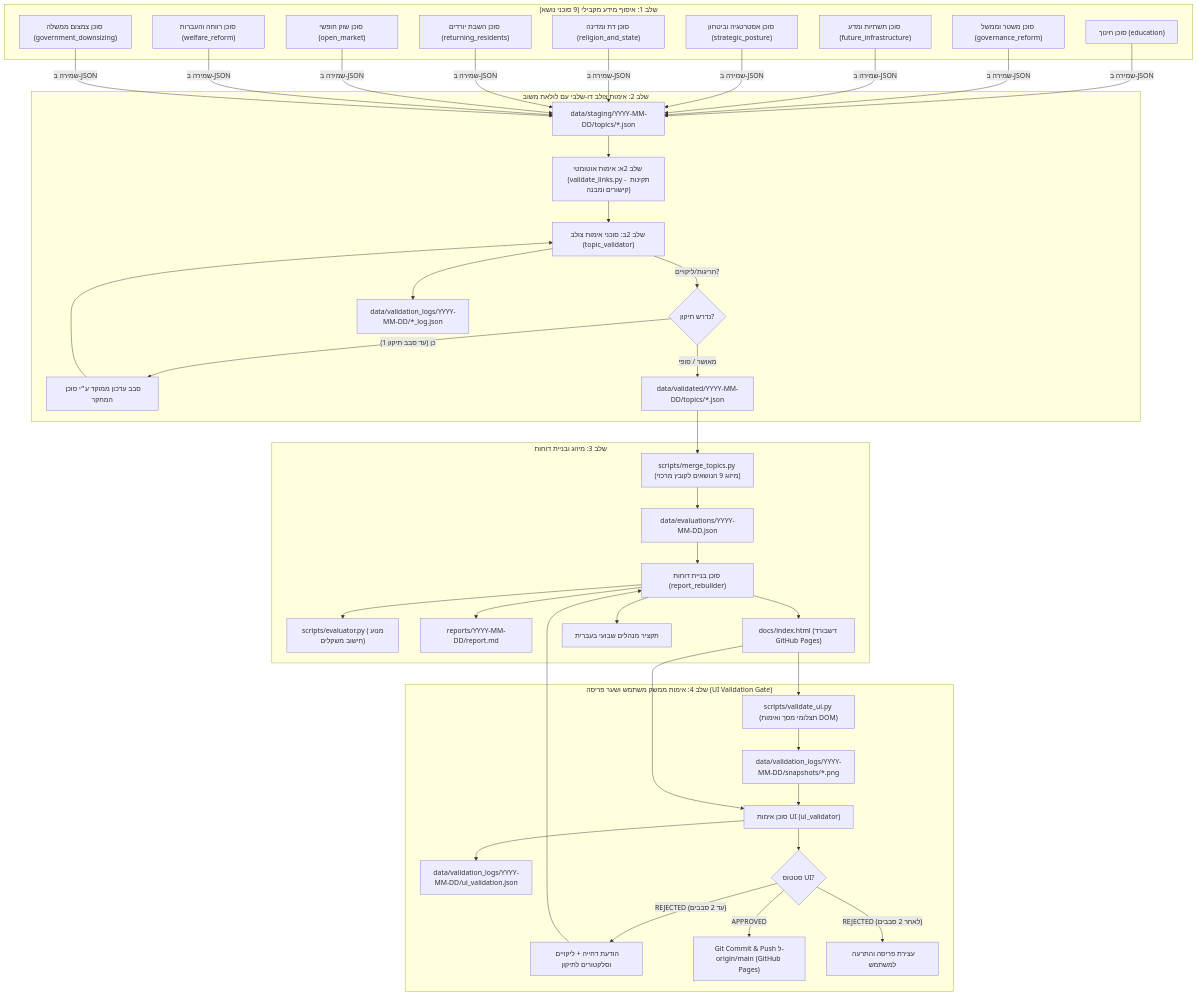
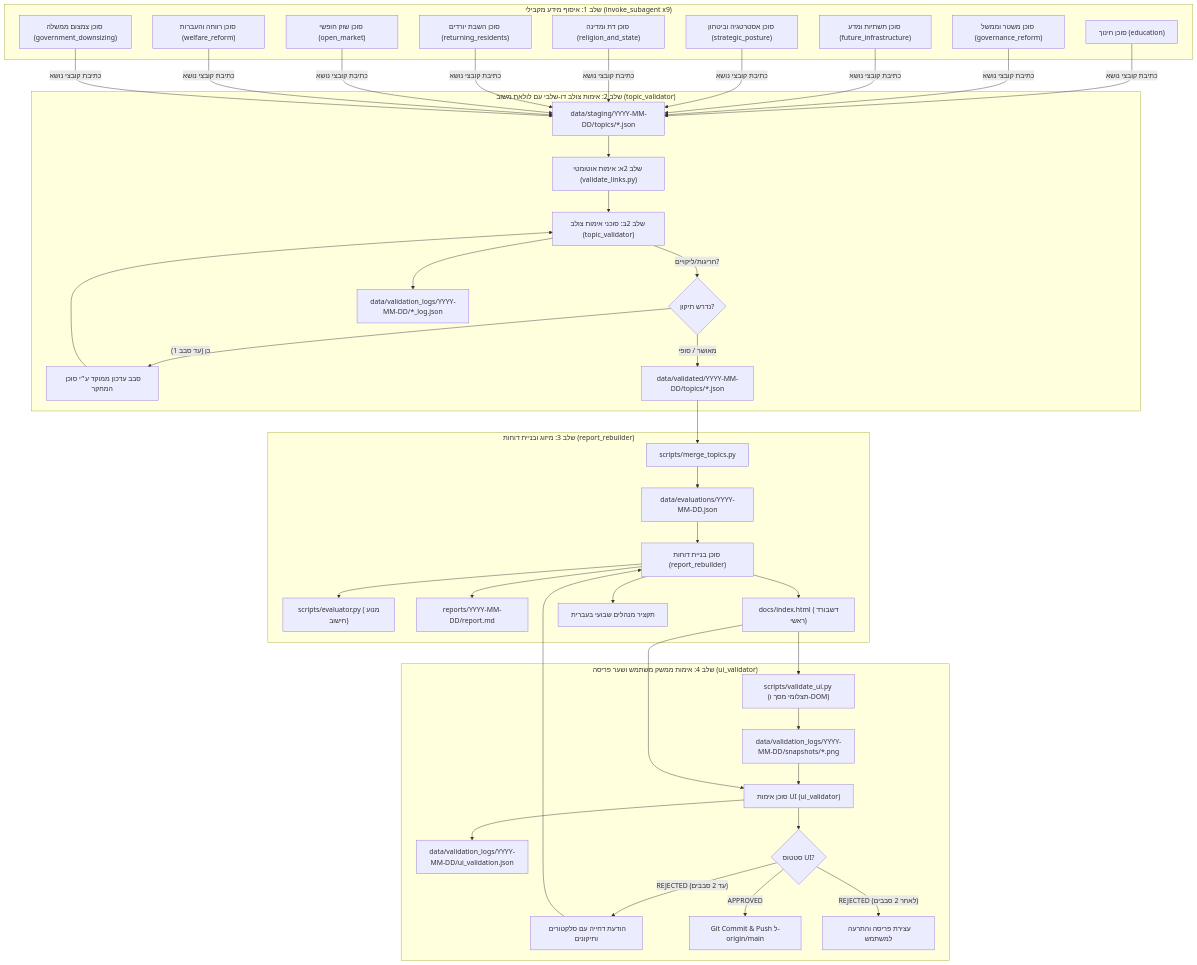
One commit to vvainer/elections-il-2026 changed the diagram in .agents/skills/election-analyst/SKILL.md. Above: the diagram before and after it, drawn with Mermaid. The commit also changed other lines of this file and 4 other files, not shown here.

````diff
--- a/.agents/skills/election-analyst/SKILL.md
+++ b/.agents/skills/election-analyst/SKILL.md
@@ -20,50 +20,50 @@
 ```mermaid
 flowchart TD
-    subgraph Phase1["שלב 1: איסוף מידע מקבילי (9 סוכני נושא)"]
+    subgraph Phase1["שלב 1: איסוף מידע מקבילי (invoke_subagent x9)"]
         A1["סוכן חינוך (education)"]
         A2["סוכן משטר וממשל (governance_reform)"]
         A3["סוכן תשתיות ומדע (future_infrastructure)"]
         A4["סוכן אסטרטגיה וביטחון (strategic_posture)"]
         A5["סוכן דת ומדינה (religion_and_state)"]
         A6["סוכן השבת יורדים (returning_residents)"]
         A7["סוכן שוק חופשי (open_market)"]
         A8["סוכן רווחה והעברות (welfare_reform)"]
         A9["סוכן צמצום ממשלה (government_downsizing)"]
     end
 
-    A1 & A2 & A3 & A4 & A5 & A6 & A7 & A8 & A9 -->|שמירה ב-JSON| Staging["data/staging/YYYY-MM-DD/topics/*.json"]
+    A1 & A2 & A3 & A4 & A5 & A6 & A7 & A8 & A9 -->|כתיבת קובצי נושא| Staging["data/staging/YYYY-MM-DD/topics/*.json"]
 
-    subgraph Phase2["שלב 2: אימות צולב דו-שלבי עם לולאת משוב"]
-        T1["שלב 2א: אימות אוטומטי (validate_links.py - תקינות קישורים ומבנה)"]
+    subgraph Phase2["שלב 2: אימות צולב דו-שלבי עם לולאת משוב (topic_validator)"]
+        T1["שלב 2א: אימות אוטומטי (validate_links.py)"]
         Staging --> T1
         T1 --> T2["שלב 2ב: סוכני אימות צולב (topic_validator)"]
         T2 -->|חריגות/ליקויים?| Feedback{"נדרש תיקון?"}
-        Feedback -- "כן (עד סבב תיקון 1)" --> Revision["סבב עדכון ממוקד ע״י סוכן המחקר"]
+        Feedback -- "כן (עד סבב 1)" --> Revision["סבב עדכון ממוקד ע״י סוכן המחקר"]
         Revision --> T2
         Feedback -- "מאושר / סופי" --> Validated["data/validated/YYYY-MM-DD/topics/*.json"]
         T2 --> ValLog["data/validation_logs/YYYY-MM-DD/*_log.json"]
     end
 
-    subgraph Phase3["שלב 3: מיזוג ובניית דוחות"]
-        Merge["scripts/merge_topics.py (מיזוג 9 הנושאים לקובץ מרכזי)"]
+    subgraph Phase3["שלב 3: מיזוג ובניית דוחות (report_rebuilder)"]
+        Merge["scripts/merge_topics.py"]
         Validated --> Merge
         Merge --> EvalDataset["data/evaluations/YYYY-MM-DD.json"]
         EvalDataset --> Rebuilder["סוכן בניית דוחות (report_rebuilder)"]
-        Rebuilder --> Scoring["scripts/evaluator.py (מנוע חישוב משקלים)"]
+        Rebuilder --> Scoring["scripts/evaluator.py (מנוע חישוב)"]
         Rebuilder --> Markdown["reports/YYYY-MM-DD/report.md"]
-        Rebuilder --> Dashboard["docs/index.html (דשבורד GitHub Pages)"]
+        Rebuilder --> Dashboard["docs/index.html (דשבורד ראשי)"]
         Rebuilder --> ExecSummary["תקציר מנהלים שבועי בעברית"]
     end
 
-    subgraph Phase4["שלב 4: אימות ממשק משתמש ושער פריסה (UI Validation Gate)"]
-        Dashboard --> UICheck["scripts/validate_ui.py (תצלומי מסך ואימות DOM)"]
+    subgraph Phase4["שלב 4: אימות ממשק משתמש ושער פריסה (ui_validator)"]
+        Dashboard --> UICheck["scripts/validate_ui.py (תצלומי מסך ו-DOM)"]
         UICheck --> Snapshots["data/validation_logs/YYYY-MM-DD/snapshots/*.png"]
         Snapshots & Dashboard --> UIAgent["סוכן אימות UI (ui_validator)"]
         UIAgent --> UILog["data/validation_logs/YYYY-MM-DD/ui_validation.json"]
         UIAgent --> UIGate{"סטטוס UI?"}
-        UIGate -- "REJECTED (עד 2 סבבים)" --> UIRejection["הודעת דחייה + ליקויים וסלקטורים לתיקון"]
+        UIGate -- "REJECTED (עד 2 סבבים)" --> UIRejection["הודעת דחייה עם סלקטורים ותיקונים"]
         UIRejection --> Rebuilder
-        UIGate -- "APPROVED" --> GitPush["Git Commit & Push ל-origin/main (GitHub Pages)"]
+        UIGate -- "APPROVED" --> GitPush["Git Commit & Push ל-origin/main"]
         UIGate -- "REJECTED (לאחר 2 סבבים)" --> Halt["עצירת פריסה והתרעה למשתמש"]
     end
 ```
````
